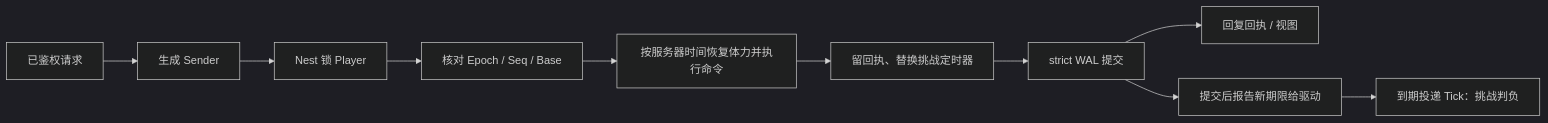
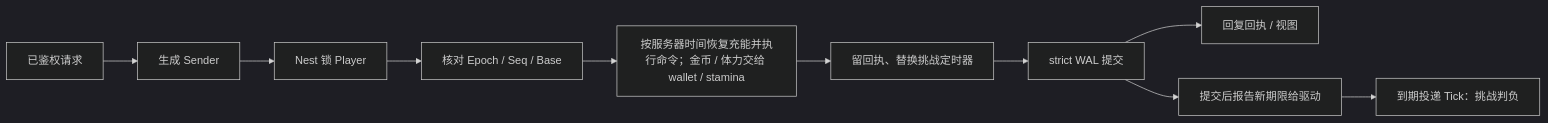
The first of 2 diagrams in docs/framework/MERGE-CASUAL-INTEGRATION.md (tjbdwanghaibo/roost-core), drawn with Mermaid (dark theme) before and after one commit. The commit also changed other lines of this file and 32 other files, not shown here.

````diff
--- a/docs/framework/MERGE-CASUAL-INTEGRATION.md
+++ b/docs/framework/MERGE-CASUAL-INTEGRATION.md
@@ -28,12 +31,12 @@
 ```mermaid
 flowchart LR
     A[已鉴权请求] --> B[生成 Sender]
     B --> C[Nest 锁 Player]
     C --> D[核对 Epoch / Seq / Base]
-    D --> E[按服务器时间恢复体力并执行命令]
+    D --> E[按服务器时间恢复充能并执行命令；金币 / 体力交给 wallet / stamina]
     E --> F[留回执、替换挑战定时器]
     F --> G[strict WAL 提交]
     G --> H[回复回执 / 视图]
     G --> I[提交后报告新期限给驱动]
     I --> J[到期投递 Tick：挑战判负]
 ```
````
